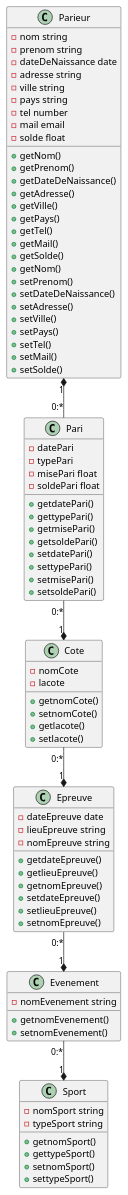
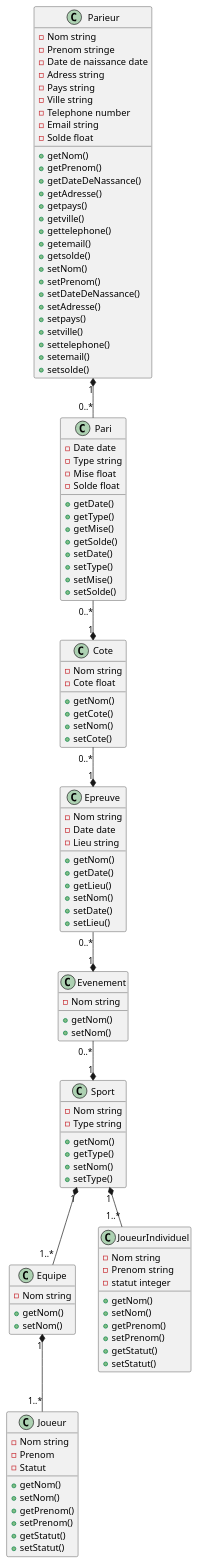
One commit to OFP-CDA-Mulhouse-2020/parisportif4 changed the diagram in pariSportif.puml. Above: the diagram before and after it, drawn with PlantUML.

```diff
--- a/pariSportif.puml
+++ b/pariSportif.puml
@@ -1,98 +1,141 @@
 @startuml
+class Parieur
+class Pari
+class Cote
+class Epreuve
+class Evenement
+class Sport
 
+Parieur "1" *-- "0..*" Pari
+Pari "0..*" --* "1" Cote
+Cote "0..*" --* "1" Epreuve
+Epreuve "0..*" --* "1" Evenement
+Evenement "0..*" --* "1" Sport
+Sport "1"*--"1..*" Equipe
+Sport "1" *--"1..*" JoueurIndividuel
+Equipe "1" *-- "1..*" Joueur
 class Parieur {
-    - nom string
-    - prenom string
-    - dateDeNaissance date
-    - adresse string
-    - ville string
-    - pays string
-    - tel number
-    - mail email
-    - solde float
+    - Nom string
+    - Prenom stringe
+    - Date de naissance date
+    - Adress string
+    - Pays string
+    - Ville string
+    - Telephone number
+    - Email string
+    - Solde float
 
     + getNom()
     + getPrenom()
-    + getDateDeNaissance()
+    + getDateDeNassance()
     + getAdresse()
-    + getVille()
-    + getPays()
-    + getTel()
-    + getMail()
+    + getpays()
+    + getville()
+    + gettelephone()
+    + getemail()
+    + getsolde()
+    + setNom()
+    + setPrenom()
+    + setDateDeNassance()
+    + setAdresse()
+    + setpays()
+    + setville()
+    + settelephone()
+    + setemail()
+    + setsolde()
+
+}
+
+class Pari {
+    - Date date
+    - Type string
+    - Mise float
+    - Solde float
+
+    + getDate()
+    + getType()
+    + getMise()
     + getSolde()
-    + getNom()
-    + setPrenom()
-    + setDateDeNaissance()
-    + setAdresse()
-    + setVille()
-    + setPays()
-    + setTel()
-    + setMail()
+    + setDate()
+    + setType()
+    + setMise()
     + setSolde()
 }
 
-class Pari {
-    - datePari
-    - typePari
-    - misePari float
-    - soldePari float
+class Cote {
+    - Nom string
+    - Cote float
 
-    + getdatePari()
-    + gettypePari()
-    + getmisePari()
-    + getsoldePari()
-    + setdatePari()
-    + settypePari()
-    + setmisePari()
-    + setsoldePari()
+    + getNom()
+    + getCote()
+    + setNom()
+    + setCote()
+}
+
+class Epreuve {
+    - Nom string
+    - Date date
+    - Lieu string
+
+    + getNom()
+    + getDate()
+    + getLieu()
+    + setNom()
+    + setDate()
+    + setLieu()
+
 
 }
 
-class Cote {
-    - nomCote
-    - lacote
+class Evenement {
+    - Nom string
 
-    + getnomCote()
-    + setnomCote()
-    + getlacote()
-    + setlacote()
-}
-
-class Epreuve {
-    - dateEpreuve date
-    - lieuEpreuve string
-    - nomEpreuve string
-
-    + getdateEpreuve()
-    + getlieuEpreuve()
-    + getnomEpreuve()
-    + setdateEpreuve()
-    + setlieuEpreuve()
-    + setnomEpreuve()
-}
-
-class Evenement {
-    - nomEvenement string
-
-    + getnomEvenement()
-    + setnomEvenement()
+    +getNom()
+    +setNom()
 }
 
 class Sport {
-    - nomSport string
-    - typeSport string
+    - Nom string
+    - Type string
 
-    + getnomSport()
-    + gettypeSport()
-    + setnomSport()
-    + settypeSport()
+    + getNom()
+    + getType()
+    + setNom()
+    + setType()
+
+}
+class Equipe {
+    - Nom string
+    
+    + getNom()
+    + setNom()
+}
+class Joueur {
+    - Nom string
+    - Prenom
+    - Statut
+    
+    + getNom()
+    + setNom()
+    + getPrenom()
+    + setPrenom()
+    + getStatut()
+    + setStatut()
+    
+}
+class JoueurIndividuel {
+    - Nom string
+    - Prenom string
+    - statut integer
+
+    + getNom()
+    + setNom()
+    + getPrenom()
+    + setPrenom()
+    + getStatut()
+    + setStatut()
+    
 }
 
 
-Parieur "1" *-- "0:*" Pari
-Pari "0:*" --* "1" Cote
-Cote "0:*" --* "1" Epreuve
-Epreuve "0:*" --* "1" Evenement
-Evenement "0:*" --* "1" Sport
-
 @enduml
```
